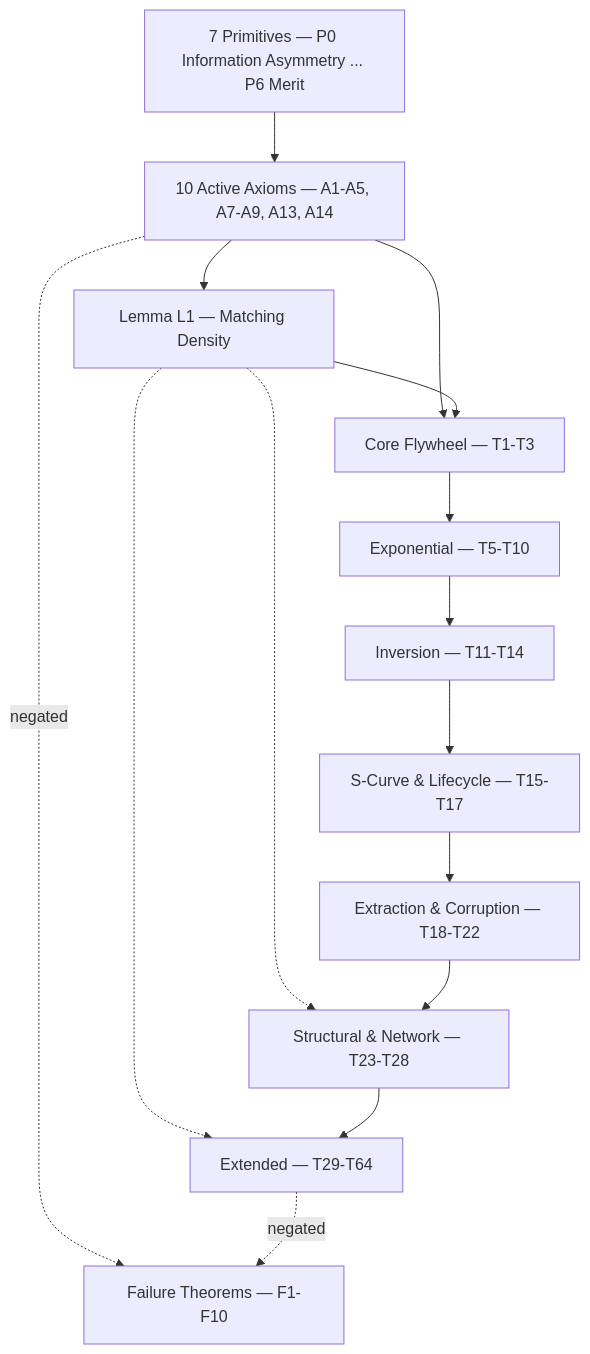
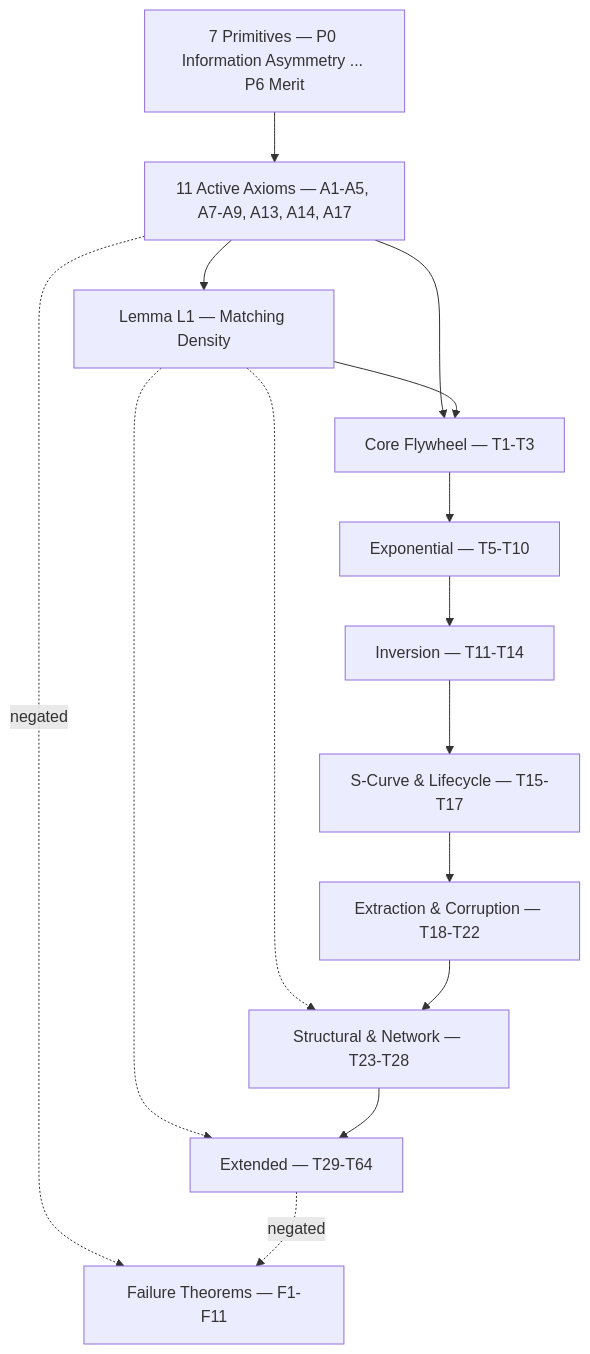
Before and after one commit to juancolonbolea/darwin-protocol.org: the diagram in src/content/docs/specification/theorems/index.mdx, drawn with Mermaid. The commit also changed other lines of this file and 17 other files, not shown here.

First line of the commit message:
spec v14: A17 adopted (attestation and custody are separable) — 11 axioms, 74 theorems, T62/T63/F11, G23; site, PROTOCOL.md, public A17 card

````diff
--- a/src/content/docs/specification/theorems/index.mdx
+++ b/src/content/docs/specification/theorems/index.mdx
@@ -38,29 +38,29 @@
 ```mermaid
 flowchart TD
     P["7 Primitives — P0 Information Asymmetry ... P6 Merit"]
-    AX["10 Active Axioms — A1-A5, A7-A9, A13, A14"]
+    AX["11 Active Axioms — A1-A5, A7-A9, A13, A14, A17"]
     L1["Lemma L1 — Matching Density"]
     CF["Core Flywheel — T1-T3"]
     EXP["Exponential — T5-T10"]
     INV["Inversion — T11-T14"]
     SC["S-Curve & Lifecycle — T15-T17"]
     EX["Extraction & Corruption — T18-T22"]
     ST["Structural & Network — T23-T28"]
     XT["Extended — T29-T64"]
-    F["Failure Theorems — F1-F10"]
+    F["Failure Theorems — F1-F11"]
 
     P --> AX
     AX --> L1
     AX --> CF
     L1 --> CF
     L1 -.-> ST
     L1 -.-> XT
     CF --> EXP
     EXP --> INV
     INV --> SC
     SC --> EX
     EX --> ST
     ST --> XT
     AX -.negated.-> F
     XT -.negated.-> F
 ```
````
